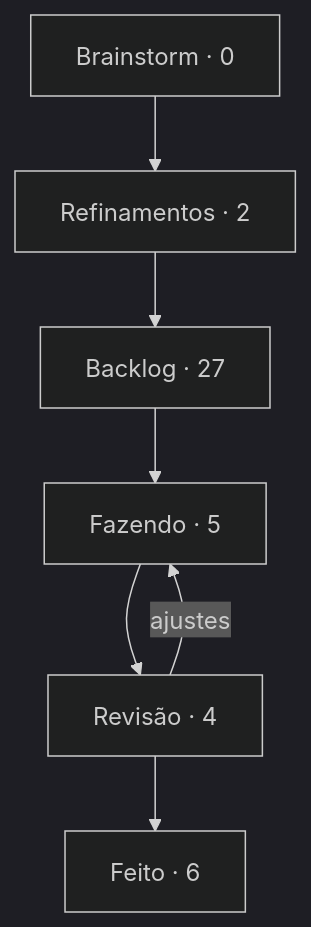
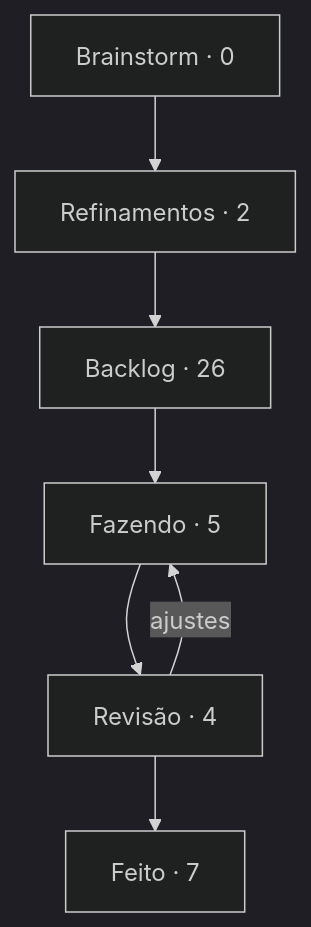
The diagram in boards/dungeon-bend/BOARD.md (StudioVibi/VibiKanban), drawn with Mermaid (dark theme) before and after one commit. The commit also changed other lines of this file and 2 other files, not shown here.

````diff
--- a/boards/dungeon-bend/BOARD.md
+++ b/boards/dungeon-bend/BOARD.md
@@ -5,12 +5,12 @@
 ```mermaid
 flowchart TD
   brainstorm["Brainstorm · 0"] --> refinamentos["Refinamentos · 2"]
-  refinamentos --> backlog["Backlog · 27"]
+  refinamentos --> backlog["Backlog · 26"]
   backlog --> doing["Fazendo · 5"]
   doing --> review["Revisão · 4"]
-  review --> done["Feito · 6"]
+  review --> done["Feito · 7"]
   review -->|ajustes| doing
   doing:::blue
   review:::yellow
   done:::green
 ```
````
